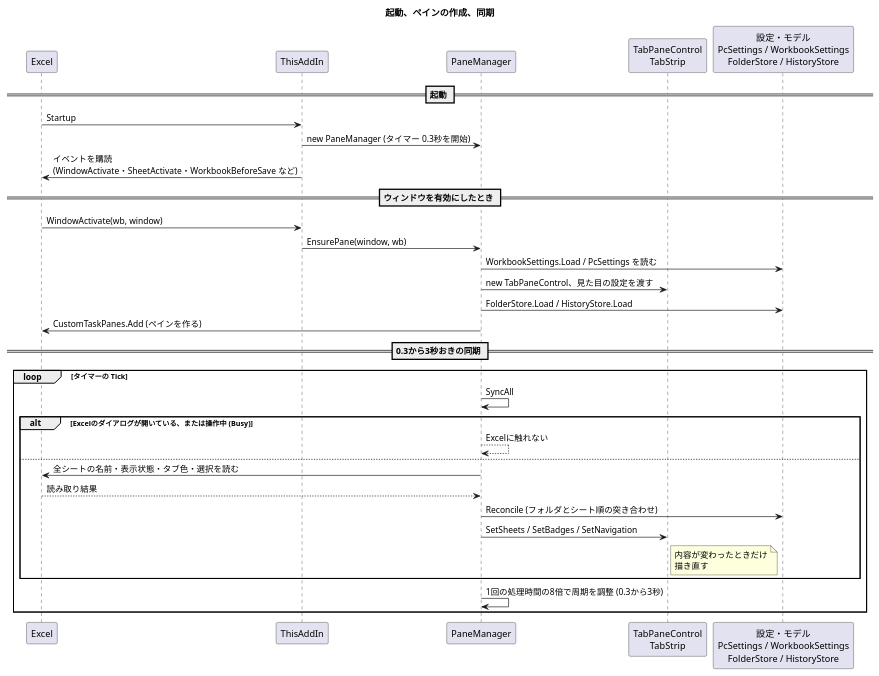
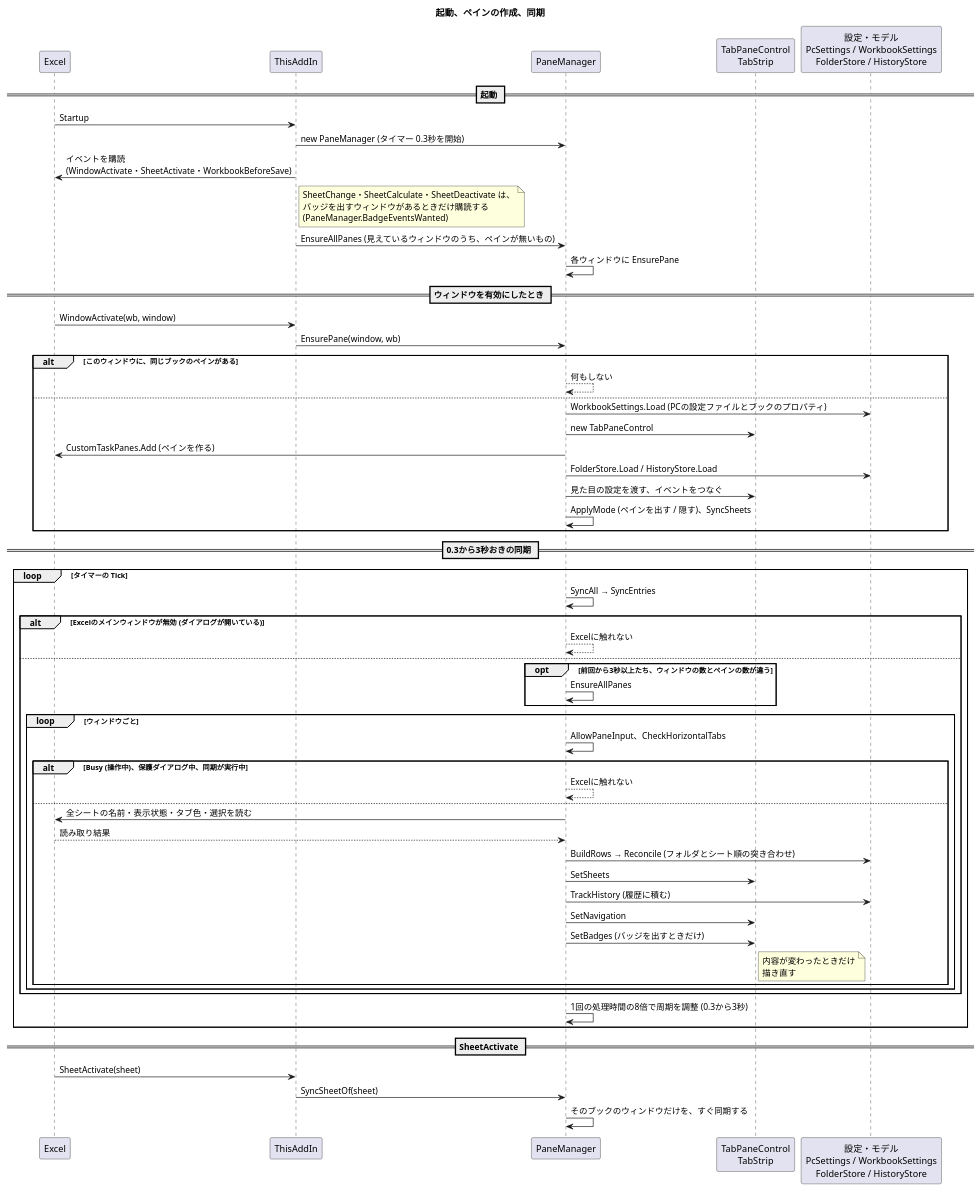
The diagram in docs/sequence-startup.puml (nk-taka623/VerticalSheetTabs), drawn with PlantUML before and after one commit. The commit also changed 49 other files, not shown here.

First line of the commit message:
設計図と説明を、実装に合わせて見直す

```diff
--- a/docs/sequence-startup.puml
+++ b/docs/sequence-startup.puml
@@ -1,39 +1,66 @@
 @startuml
 title 起動、ペインの作成、同期
 skinparam shadowing false
 skinparam sequenceMessageAlign left
 
 participant "Excel" as XL
 participant "ThisAddIn" as T
 participant "PaneManager" as P
 participant "TabPaneControl\nTabStrip" as C
 participant "設定・モデル\nPcSettings / WorkbookSettings\nFolderStore / HistoryStore" as M
 
 == 起動 ==
 XL -> T : Startup
 T -> P : new PaneManager (タイマー 0.3秒を開始)
-T -> XL : イベントを購読\n(WindowActivate・SheetActivate・WorkbookBeforeSave など)
+T -> XL : イベントを購読\n(WindowActivate・SheetActivate・WorkbookBeforeSave)
+note right of T : SheetChange・SheetCalculate・SheetDeactivate は、\nバッジを出すウィンドウがあるときだけ購読する\n(PaneManager.BadgeEventsWanted)
+T -> P : EnsureAllPanes (見えているウィンドウのうち、ペインが無いもの)
+P -> P : 各ウィンドウに EnsurePane
 
 == ウィンドウを有効にしたとき ==
 XL -> T : WindowActivate(wb, window)
 T -> P : EnsurePane(window, wb)
-P -> M : WorkbookSettings.Load / PcSettings を読む
-P -> C : new TabPaneControl、見た目の設定を渡す
-P -> M : FolderStore.Load / HistoryStore.Load
-P -> XL : CustomTaskPanes.Add (ペインを作る)
+alt このウィンドウに、同じブックのペインがある
+  P --> P : 何もしない
+else
+  P -> M : WorkbookSettings.Load (PCの設定ファイルとブックのプロパティ)
+  P -> C : new TabPaneControl
+  P -> XL : CustomTaskPanes.Add (ペインを作る)
+  P -> M : FolderStore.Load / HistoryStore.Load
+  P -> C : 見た目の設定を渡す、イベントをつなぐ
+  P -> P : ApplyMode (ペインを出す / 隠す)、SyncSheets
+end
 
 == 0.3から3秒おきの同期 ==
 loop タイマーの Tick
-  P -> P : SyncAll
-  alt Excelのダイアログが開いている、または操作中 (Busy)
+  P -> P : SyncAll → SyncEntries
+  alt Excelのメインウィンドウが無効 (ダイアログが開いている)
     P --> P : Excelに触れない
   else
-    P -> XL : 全シートの名前・表示状態・タブ色・選択を読む
-    XL --> P : 読み取り結果
-    P -> M : Reconcile (フォルダとシート順の突き合わせ)
-    P -> C : SetSheets / SetBadges / SetNavigation
-    note right of C : 内容が変わったときだけ\n描き直す
+    opt 前回から3秒以上たち、ウィンドウの数とペインの数が違う
+      P -> P : EnsureAllPanes
+    end
+    loop ウィンドウごと
+      P -> P : AllowPaneInput、CheckHorizontalTabs
+      alt Busy (操作中)、保護ダイアログ中、同期が実行中
+        P --> P : Excelに触れない
+      else
+        P -> XL : 全シートの名前・表示状態・タブ色・選択を読む
+        XL --> P : 読み取り結果
+        P -> M : BuildRows → Reconcile (フォルダとシート順の突き合わせ)
+        P -> C : SetSheets
+        P -> M : TrackHistory (履歴に積む)
+        P -> C : SetNavigation
+        P -> C : SetBadges (バッジを出すときだけ)
+        note right of C : 内容が変わったときだけ\n描き直す
+      end
+    end
   end
   P -> P : 1回の処理時間の8倍で周期を調整 (0.3から3秒)
 end
+
+== SheetActivate ==
+XL -> T : SheetActivate(sheet)
+T -> P : SyncSheetOf(sheet)
+P -> P : そのブックのウィンドウだけを、すぐ同期する
 @enduml
```
